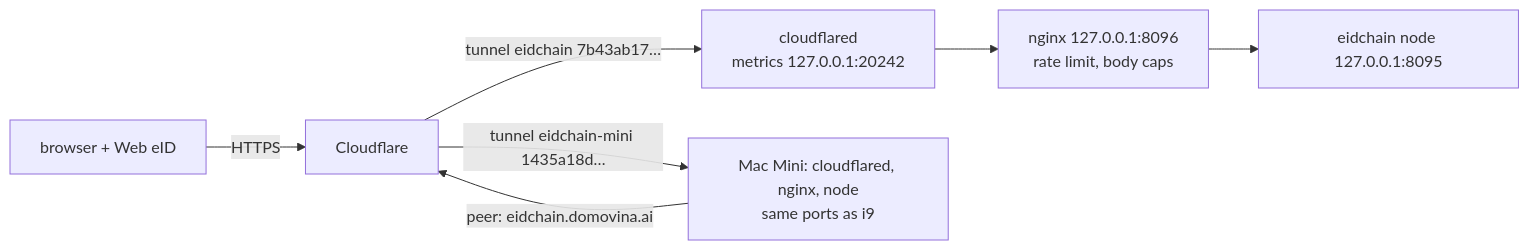
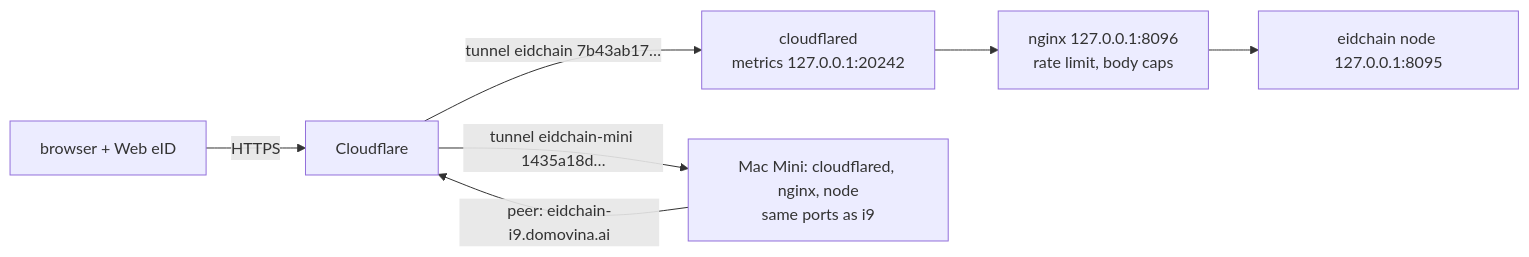
Before and after one commit to stepanic/eidchain: the diagram in docs/2026-11-04-eidchain-domovina-and-eid-validators.md, drawn with Mermaid. The commit also changed other lines of this file and 8 other files, not shown here.

````diff
--- a/docs/2026-11-04-eidchain-domovina-and-eid-validators.md
+++ b/docs/2026-11-04-eidchain-domovina-and-eid-validators.md
@@ -16,9 +16,9 @@
 ```mermaid
 flowchart LR
   B[browser + Web eID] -->|HTTPS| CF[Cloudflare]
   CF -->|tunnel eidchain 7b43ab17…| CFD[cloudflared<br/>metrics 127.0.0.1:20242]
   CFD --> NG[nginx 127.0.0.1:8096<br/>rate limit, body caps]
   NG --> N[eidchain node 127.0.0.1:8095]
   CF -->|tunnel eidchain-mini 1435a18d…| M[Mac Mini: cloudflared, nginx, node<br/>same ports as i9]
-  M -->|peer: eidchain.domovina.ai| CF
+  M -->|peer: eidchain-i9.domovina.ai| CF
 ```
````
